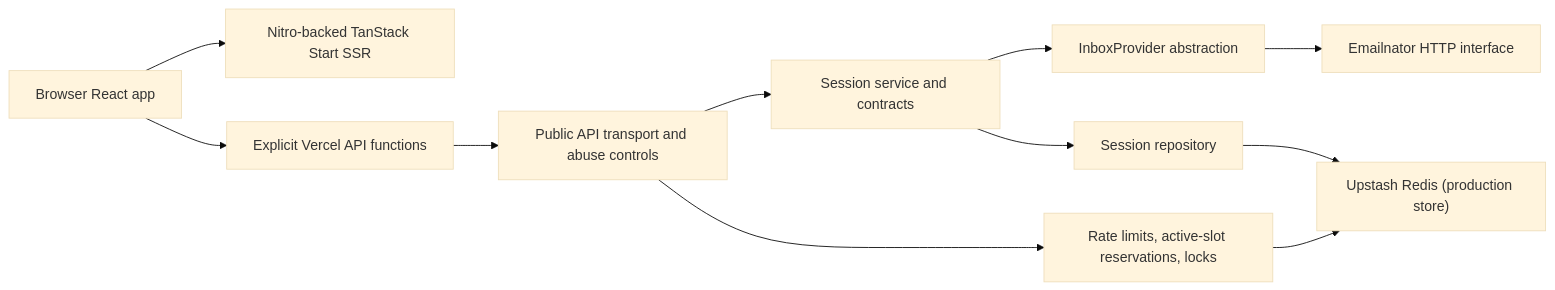
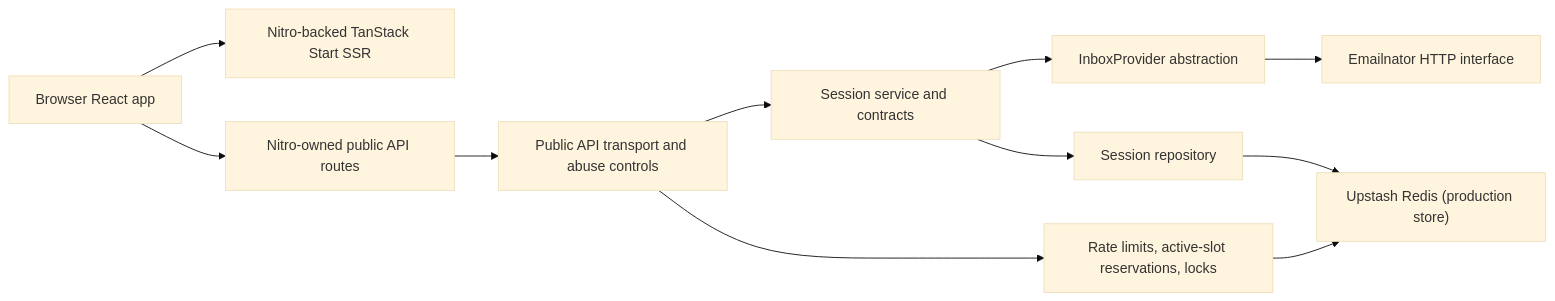
One commit to koldovsky/2026-fwdays-agentic-greenfield-task changed the diagram in email-shadow-panel/docs/specs/002-architecture.md. Above: the diagram before and after it, drawn with Mermaid (base theme). The commit also changed other lines of this file and 24 other files, not shown here.

Commit message:
fix: consolidate public API routes into Nitro

````diff
--- a/email-shadow-panel/docs/specs/002-architecture.md
+++ b/email-shadow-panel/docs/specs/002-architecture.md
@@ -11,13 +11,13 @@
 ```mermaid
 flowchart LR
   Browser["Browser React app"] --> SSR["Nitro-backed TanStack Start SSR"]
-  Browser["Browser React app"] --> API["Explicit Vercel API functions"]
+  Browser["Browser React app"] --> API["Nitro-owned public API routes"]
   API --> Transport["Public API transport and abuse controls"]
   Transport --> Domain["Session service and contracts"]
   Domain --> Provider["InboxProvider abstraction"]
   Domain --> Repo["Session repository"]
   Transport --> Limits["Rate limits, active-slot reservations, locks"]
   Provider --> Emailnator["Emailnator HTTP interface"]
   Repo --> Redis["Upstash Redis (production store)"]
   Limits --> Redis
 ```
````
